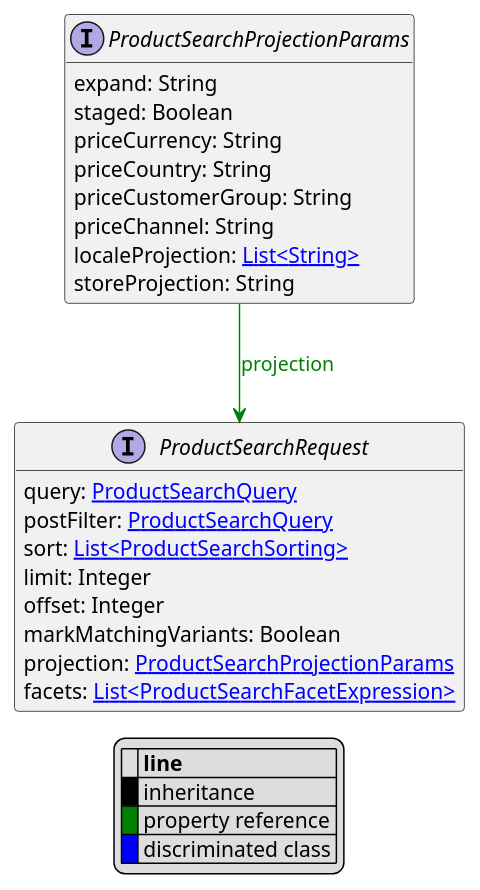
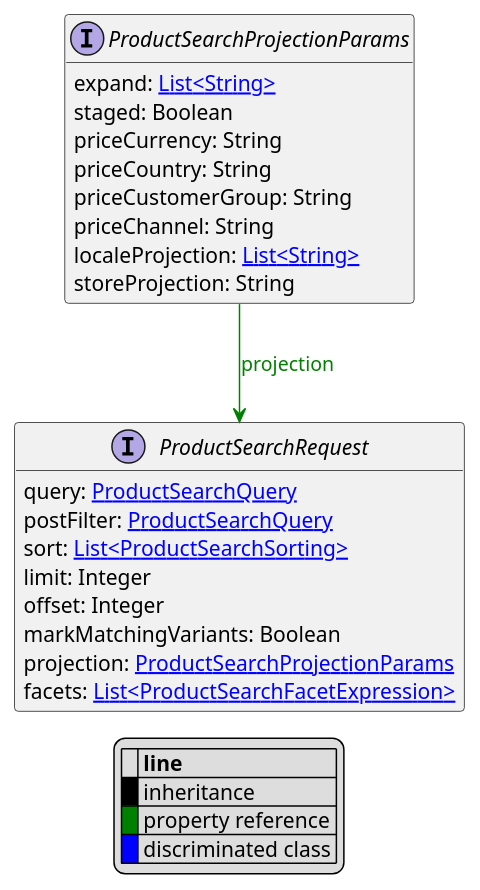
One commit to commercetools/commercetools-api-reference changed the diagram in uml/api/ProductSearchProjectionParams.puml. Above: the diagram before and after it, drawn with PlantUML. The commit also changed 4 other files, not shown here.

```diff
--- a/uml/api/ProductSearchProjectionParams.puml
+++ b/uml/api/ProductSearchProjectionParams.puml
@@ -1,36 +1,36 @@
 @startuml
 
 hide empty fields
 hide empty methods
 legend
 |= |= line |
 |<back:black>   </back>| inheritance |
 |<back:green>   </back>| property reference |
 |<back:blue>   </back>| discriminated class |
 endlegend
 interface ProductSearchProjectionParams [[ProductSearchProjectionParams.svg]]  {
-    expand: String
+    expand: [[String.svg List<String>]]
     staged: Boolean
     priceCurrency: String
     priceCountry: String
     priceCustomerGroup: String
     priceChannel: String
     localeProjection: [[String.svg List<String>]]
     storeProjection: String
 }
 
 
 
 interface ProductSearchRequest [[ProductSearchRequest.svg]]  {
     query: [[ProductSearchQuery.svg ProductSearchQuery]]
     postFilter: [[ProductSearchQuery.svg ProductSearchQuery]]
     sort: [[ProductSearchSorting.svg List<ProductSearchSorting>]]
     limit: Integer
     offset: Integer
     markMatchingVariants: Boolean
     projection: [[ProductSearchProjectionParams.svg ProductSearchProjectionParams]]
     facets: [[ProductSearchFacetExpression.svg List<ProductSearchFacetExpression>]]
 }
 
 ProductSearchProjectionParams --> ProductSearchRequest #green;text:green : "projection"
 @enduml
```
